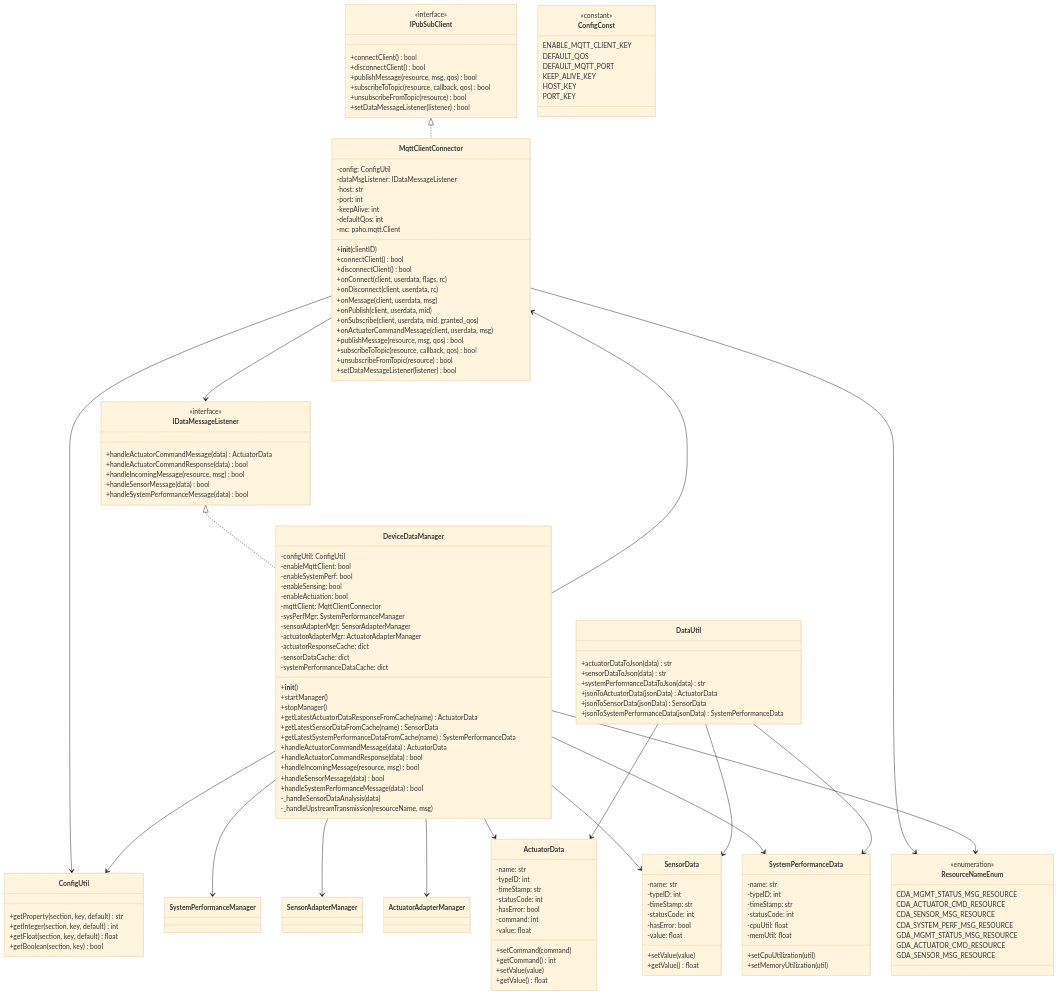
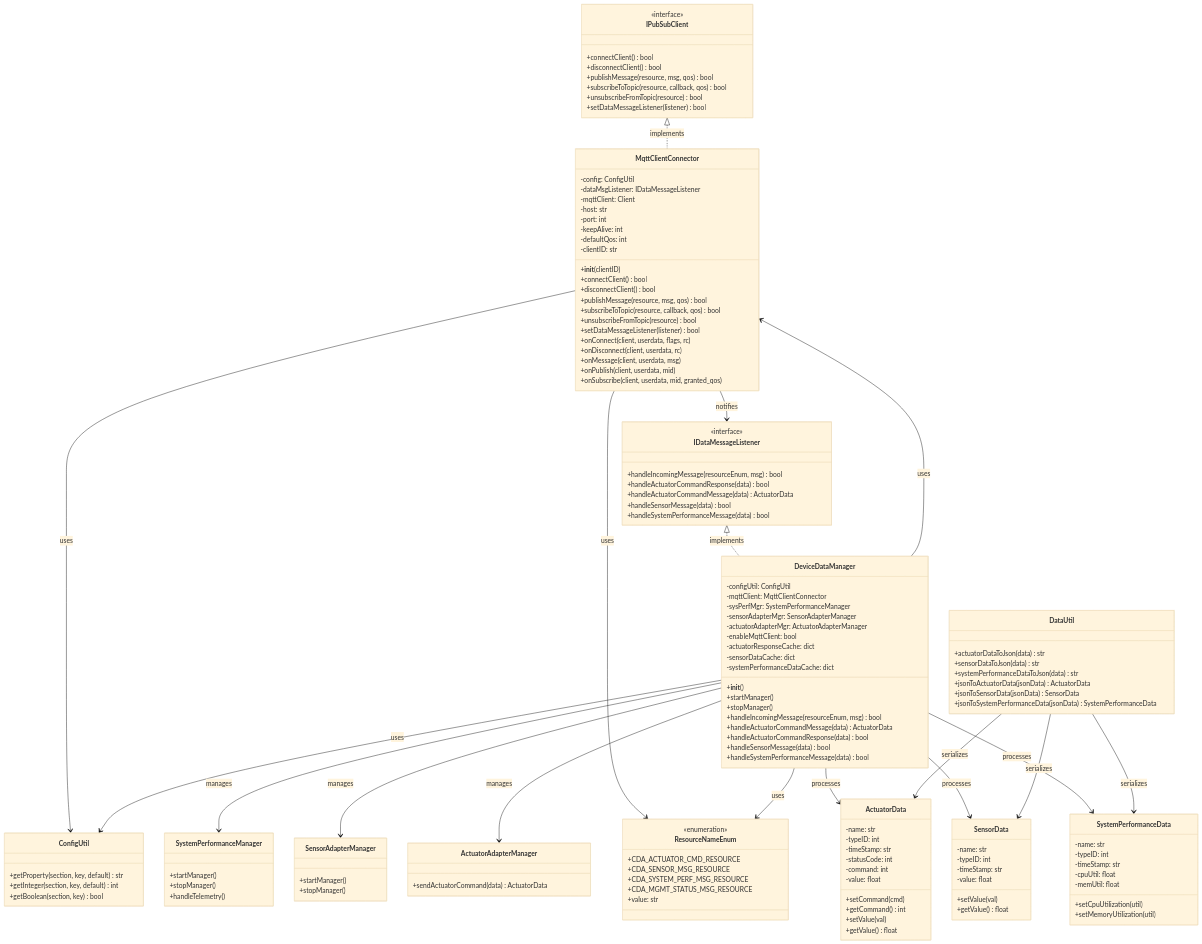
The diagram in lab_6_readME.md (donaldirebo/Readme-connected-devices), drawn with Mermaid (base theme) before and after one commit. The commit also changed other lines of this file, not shown here.

First line of the commit message:
Revise lab_6_readME for MQTT client details

````diff
--- a/lab_6_readME.md
+++ b/lab_6_readME.md
@@ -19,5 +22,6 @@
 ```mermaid
 classDiagram
+    %% Interfaces
     class IPubSubClient {
         <<interface>>
         +connectClient() bool
@@ -30,96 +34,85 @@
 
     class IDataMessageListener {
         <<interface>>
+        +handleIncomingMessage(resourceEnum, msg) bool
+        +handleActuatorCommandResponse(data) bool
         +handleActuatorCommandMessage(data) ActuatorData
-        +handleActuatorCommandResponse(data) bool
-        +handleIncomingMessage(resource, msg) bool
         +handleSensorMessage(data) bool
         +handleSystemPerformanceMessage(data) bool
     }
 
+    %% Main MQTT Client Implementation
     class MqttClientConnector {
         -config: ConfigUtil
         -dataMsgListener: IDataMessageListener
+        -mqttClient: Client
         -host: str
         -port: int
         -keepAlive: int
         -defaultQos: int
-        -mc: paho.mqtt.Client
+        -clientID: str
         +__init__(clientID)
         +connectClient() bool
         +disconnectClient() bool
+        +publishMessage(resource, msg, qos) bool
+        +subscribeToTopic(resource, callback, qos) bool
+        +unsubscribeFromTopic(resource) bool
+        +setDataMessageListener(listener) bool
         +onConnect(client, userdata, flags, rc)
         +onDisconnect(client, userdata, rc)
         +onMessage(client, userdata, msg)
         +onPublish(client, userdata, mid)
         +onSubscribe(client, userdata, mid, granted_qos)
-        +onActuatorCommandMessage(client, userdata, msg)
-        +publishMessage(resource, msg, qos) bool
-        +subscribeToTopic(resource, callback, qos) bool
-        +unsubscribeFromTopic(resource) bool
-        +setDataMessageListener(listener) bool
     }
 
+    %% Device Data Manager
     class DeviceDataManager {
         -configUtil: ConfigUtil
-        -enableMqttClient: bool
-        -enableSystemPerf: bool
-        -enableSensing: bool
-        -enableActuation: bool
         -mqttClient: MqttClientConnector
         -sysPerfMgr: SystemPerformanceManager
         -sensorAdapterMgr: SensorAdapterManager
         -actuatorAdapterMgr: ActuatorAdapterManager
+        -enableMqttClient: bool
         -actuatorResponseCache: dict
         -sensorDataCache: dict
         -systemPerformanceDataCache: dict
         +__init__()
         +startManager()
         +stopManager()
-        +getLatestActuatorDataResponseFromCache(name) ActuatorData
-        +getLatestSensorDataFromCache(name) SensorData
-        +getLatestSystemPerformanceDataFromCache(name) SystemPerformanceData
+        +handleIncomingMessage(resourceEnum, msg) bool
         +handleActuatorCommandMessage(data) ActuatorData
         +handleActuatorCommandResponse(data) bool
-        +handleIncomingMessage(resource, msg) bool
         +handleSensorMessage(data) bool
         +handleSystemPerformanceMessage(data) bool
-        -_handleSensorDataAnalysis(data)
-        -_handleUpstreamTransmission(resourceName, msg)
+    }
+
+    %% Supporting Classes
+    class ConfigUtil {
+        +getProperty(section, key, default) str
+        +getInteger(section, key, default) int
+        +getBoolean(section, key) bool
     }
 
     class ResourceNameEnum {
         <<enumeration>>
-        CDA_MGMT_STATUS_MSG_RESOURCE
-        CDA_ACTUATOR_CMD_RESOURCE
-        CDA_SENSOR_MSG_RESOURCE
-        CDA_SYSTEM_PERF_MSG_RESOURCE
-        GDA_MGMT_STATUS_MSG_RESOURCE
-        GDA_ACTUATOR_CMD_RESOURCE
-        GDA_SENSOR_MSG_RESOURCE
+        +CDA_ACTUATOR_CMD_RESOURCE
+        +CDA_SENSOR_MSG_RESOURCE
+        +CDA_SYSTEM_PERF_MSG_RESOURCE
+        +CDA_MGMT_STATUS_MSG_RESOURCE
+        +value: str
     }
 
-    class ConfigConst {
-        <<constant>>
-        ENABLE_MQTT_CLIENT_KEY
-        DEFAULT_QOS
-        DEFAULT_MQTT_PORT
-        KEEP_ALIVE_KEY
-        HOST_KEY
-        PORT_KEY
-    }
-
+    %% Data Classes
     class ActuatorData {
         -name: str
         -typeID: int
         -timeStamp: str
         -statusCode: int
-        -hasError: bool
         -command: int
         -value: float
-        +setCommand(command)
+        +setCommand(cmd)
         +getCommand() int
-        +setValue(value)
+        +setValue(val)
         +getValue() float
     }
 
@@ -127,10 +120,8 @@
         -name: str
         -typeID: int
         -timeStamp: str
-        -statusCode: int
-        -hasError: bool
         -value: float
-        +setValue(value)
+        +setValue(val)
         +getValue() float
     }
 
@@ -138,7 +129,6 @@
         -name: str
         -typeID: int
         -timeStamp: str
-        -statusCode: int
         -cpuUtil: float
         -memUtil: float
         +setCpuUtilization(util)
@@ -154,28 +144,42 @@
         +jsonToSystemPerformanceData(jsonData) SystemPerformanceData
     }
 
-    class ConfigUtil {
-        +getProperty(section, key, default) str
-        +getInteger(section, key, default) int
-        +getFloat(section, key, default) float
-        +getBoolean(section, key) bool
+    %% Manager Classes
+    class SystemPerformanceManager {
+        +startManager()
+        +stopManager()
+        +handleTelemetry()
     }
 
-    IPubSubClient <|.. MqttClientConnector
-    IDataMessageListener <|.. DeviceDataManager
-    DeviceDataManager --> MqttClientConnector
-    DeviceDataManager --> SystemPerformanceManager
-    DeviceDataManager --> SensorAdapterManager
-    DeviceDataManager --> ActuatorAdapterManager
-    MqttClientConnector --> ConfigUtil
-    MqttClientConnector --> IDataMessageListener
-    DeviceDataManager --> ConfigUtil
-    DeviceDataManager --> ActuatorData
-    DeviceDataManager --> SensorData
-    DeviceDataManager --> SystemPerformanceData
-    MqttClientConnector --> ResourceNameEnum
-    DeviceDataManager --> ResourceNameEnum
-    DataUtil --> ActuatorData
-    DataUtil --> SensorData
-    DataUtil --> SystemPerformanceData
+    class SensorAdapterManager {
+        +startManager()
+        +stopManager()
+    }
+
+    class ActuatorAdapterManager {
+        +sendActuatorCommand(data) ActuatorData
+    }
+
+    %% Relationships
+    IPubSubClient <|.. MqttClientConnector : implements
+    IDataMessageListener <|.. DeviceDataManager : implements
+    
+    DeviceDataManager --> MqttClientConnector : uses
+    DeviceDataManager --> SystemPerformanceManager : manages
+    DeviceDataManager --> SensorAdapterManager : manages
+    DeviceDataManager --> ActuatorAdapterManager : manages
+    
+    MqttClientConnector --> ConfigUtil : uses
+    MqttClientConnector --> IDataMessageListener : notifies
+    MqttClientConnector --> ResourceNameEnum : uses
+    
+    DeviceDataManager --> ConfigUtil : uses
+    DeviceDataManager --> ResourceNameEnum : uses
+    DeviceDataManager --> ActuatorData : processes
+    DeviceDataManager --> SensorData : processes
+    DeviceDataManager --> SystemPerformanceData : processes
+    
+    DataUtil --> ActuatorData : serializes
+    DataUtil --> SensorData : serializes
+    DataUtil --> SystemPerformanceData : serializes
 ```
````
